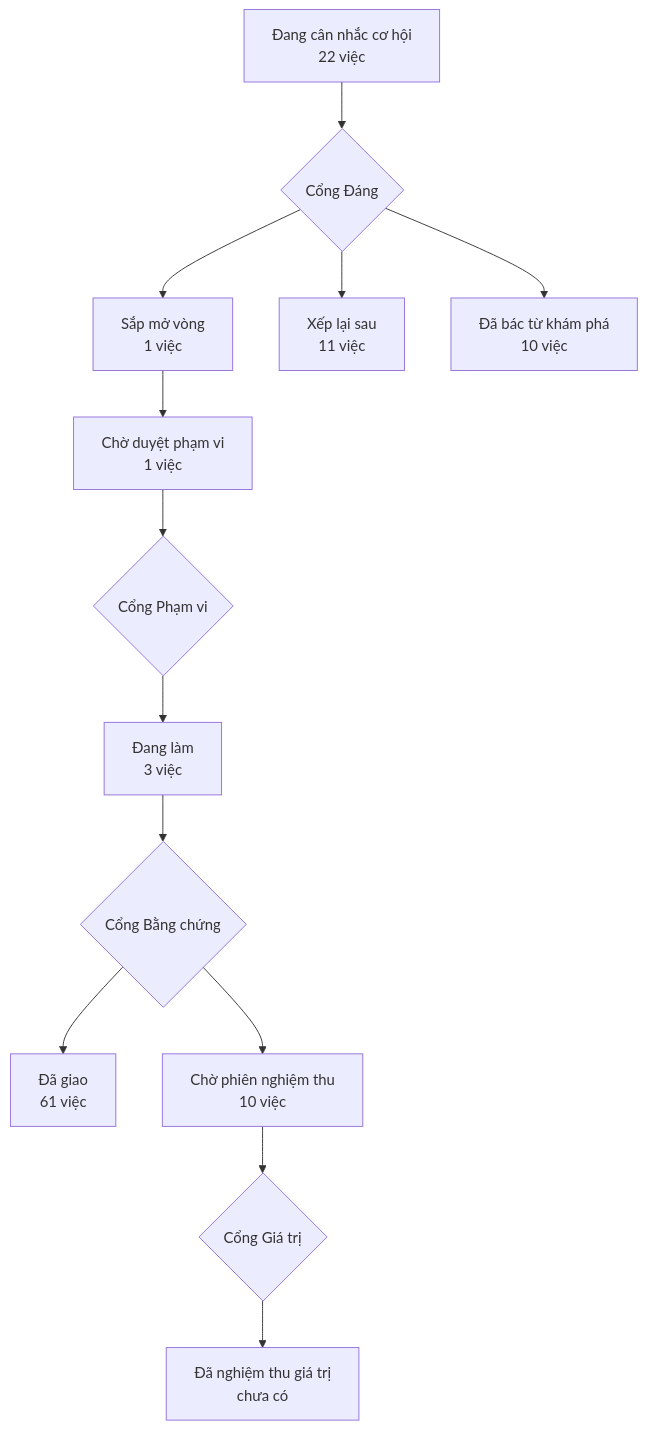
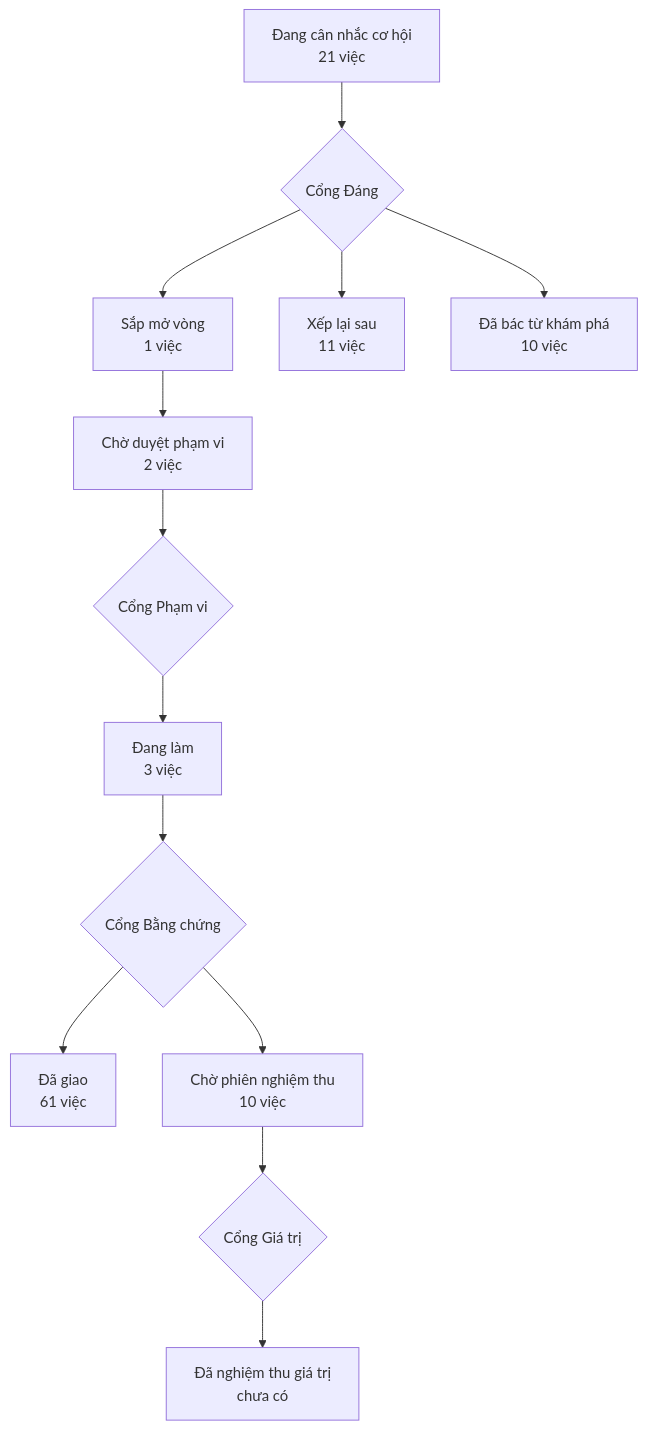
One commit to phanlemanh/acceptance-gate-kit changed the diagram in PRODUCT-MAP.md. Above: the diagram before and after it, drawn with Mermaid. The commit also changed 14 other files, not shown here.

````diff
--- a/PRODUCT-MAP.md
+++ b/PRODUCT-MAP.md
@@ -6,12 +6,12 @@
 ```mermaid
 flowchart TD
-  A["Đang cân nhắc cơ hội<br/>22 việc"] --> GD{"Cổng Đáng"}
+  A["Đang cân nhắc cơ hội<br/>21 việc"] --> GD{"Cổng Đáng"}
   GD --> B["Sắp mở vòng<br/>1 việc"]
   GD --> XL["Xếp lại sau<br/>11 việc"]
   GD --> DB["Đã bác từ khám phá<br/>10 việc"]
-  B --> CD["Chờ duyệt phạm vi<br/>1 việc"] --> GP{"Cổng Phạm vi"}
+  B --> CD["Chờ duyệt phạm vi<br/>2 việc"] --> GP{"Cổng Phạm vi"}
   GP --> DL["Đang làm<br/>3 việc"] --> GB{"Cổng Bằng chứng"}
   GB --> DG["Đã giao<br/>61 việc"]
   GB --> CN["Chờ phiên nghiệm thu<br/>10 việc"] --> GG{"Cổng Giá trị"}
   GG --> NT["Đã nghiệm thu giá trị<br/>chưa có"]
 ```
````
